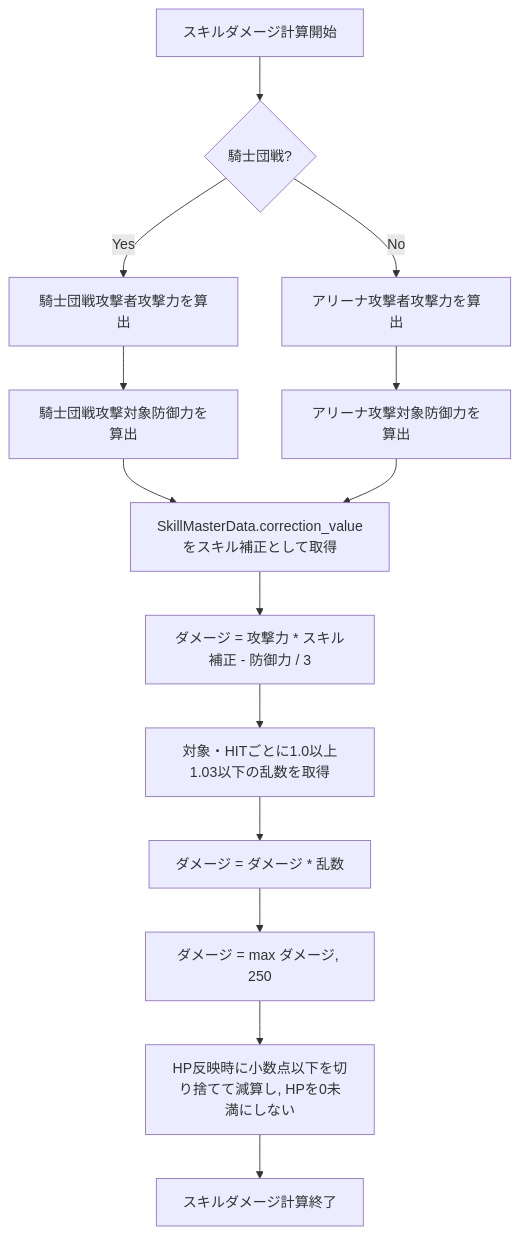
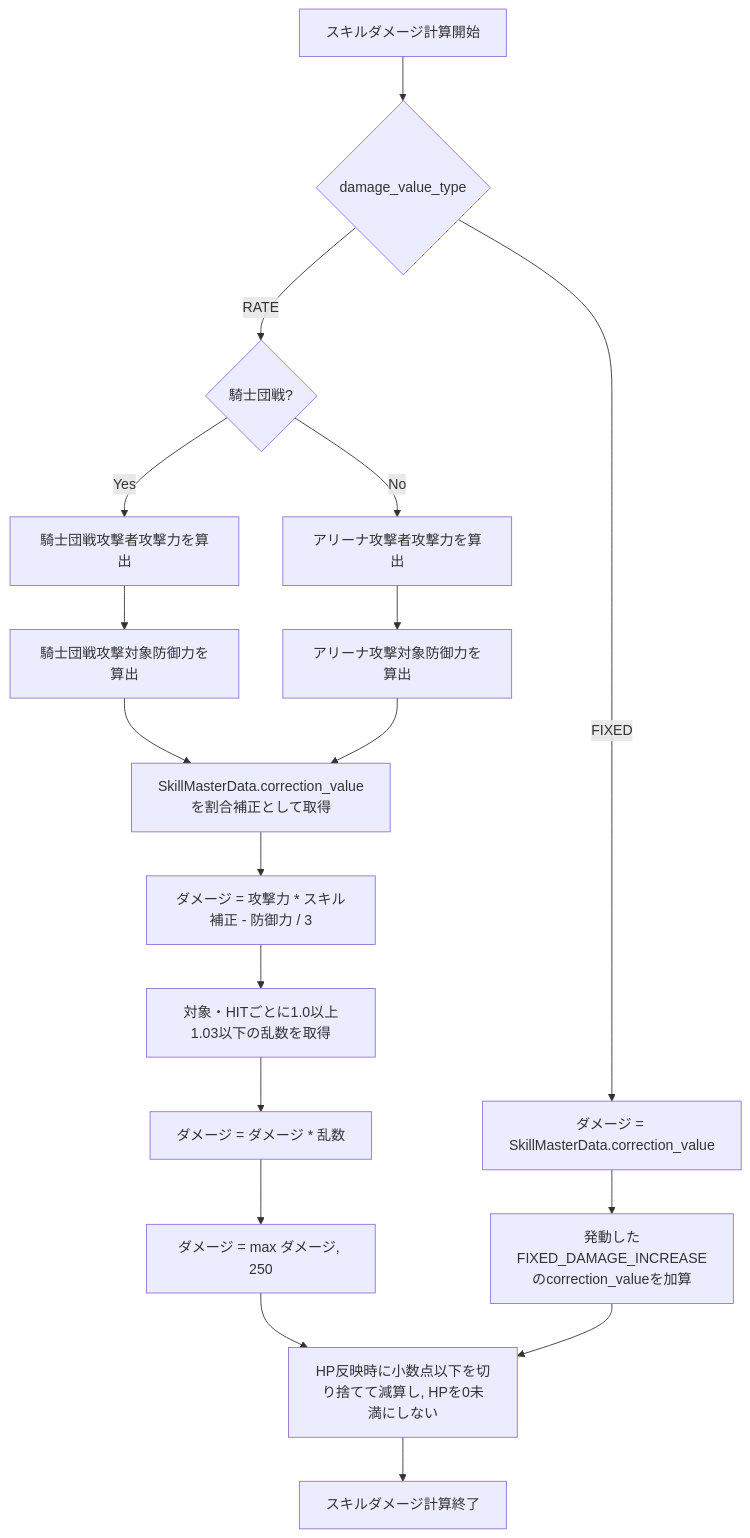
The fourth of 5 diagrams in design/game/battle.md (ReHydrangeaOdyssey/Specifications), drawn with Mermaid before and after one commit. The commit also changed other lines of this file and 22 other files, not shown here.

````diff
--- a/design/game/battle.md
+++ b/design/game/battle.md
@@ -122,21 +123,26 @@
 ```mermaid
 flowchart TD;
     Start[スキルダメージ計算開始];
+    DamageType{damage_value_type};
     Mode{騎士団戦?};
     GuildAttack[騎士団戦攻撃者攻撃力を算出];
     GuildDefense[騎士団戦攻撃対象防御力を算出];
     ArenaAttack[アリーナ攻撃者攻撃力を算出];
     ArenaDefense[アリーナ攻撃対象防御力を算出];
-    Correction[SkillMasterData.correction_valueをスキル補正として取得];
+    Correction[SkillMasterData.correction_valueを割合補正として取得];
     Base[ダメージ = 攻撃力 * スキル補正 - 防御力 / 3];
     Random[対象・HITごとに1.0以上1.03以下の乱数を取得];
     RandomDamage[ダメージ = ダメージ * 乱数];
     Min[ダメージ = max ダメージ, 250];
+    Fixed[ダメージ = SkillMasterData.correction_value];
+    FixedIncrease[発動したFIXED_DAMAGE_INCREASEのcorrection_valueを加算];
     Apply[HP反映時に小数点以下を切り捨てて減算し, HPを0未満にしない];
     End[スキルダメージ計算終了];
 
-    Start --> Mode;
+    Start --> DamageType;
+    DamageType -- RATE --> Mode;
     Mode -- Yes --> GuildAttack --> GuildDefense --> Correction;
     Mode -- No --> ArenaAttack --> ArenaDefense --> Correction;
     Correction --> Base --> Random --> RandomDamage --> Min --> Apply --> End;
+    DamageType -- FIXED --> Fixed --> FixedIncrease --> Apply;
 ```
````
